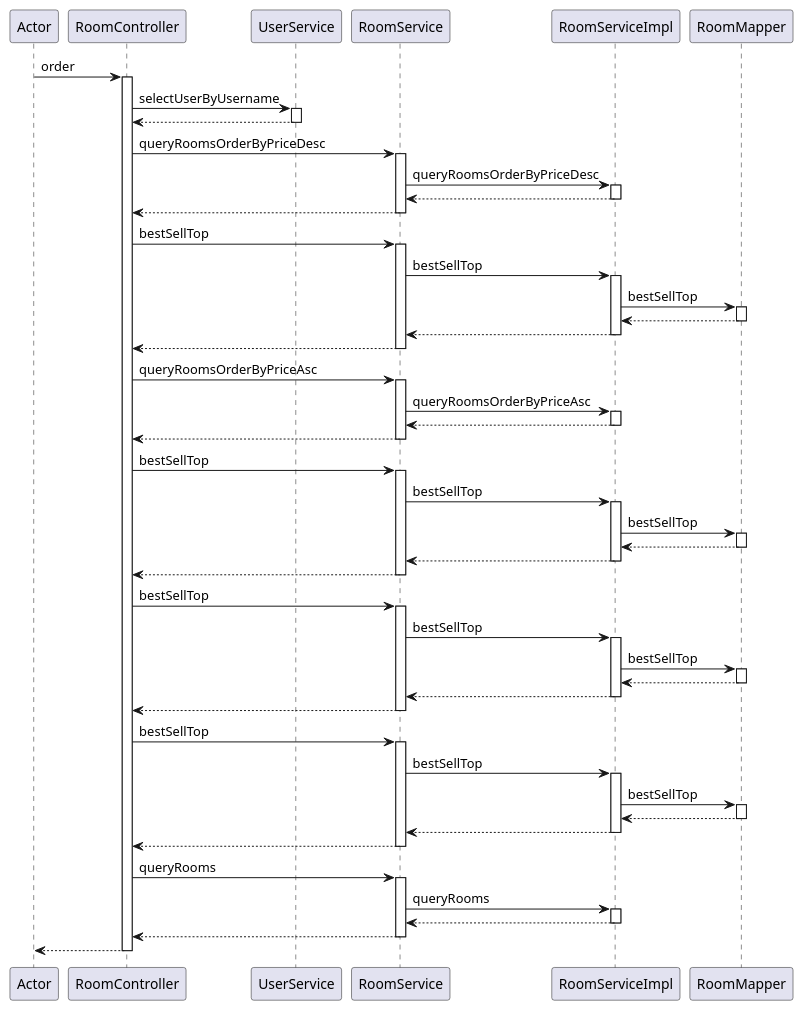
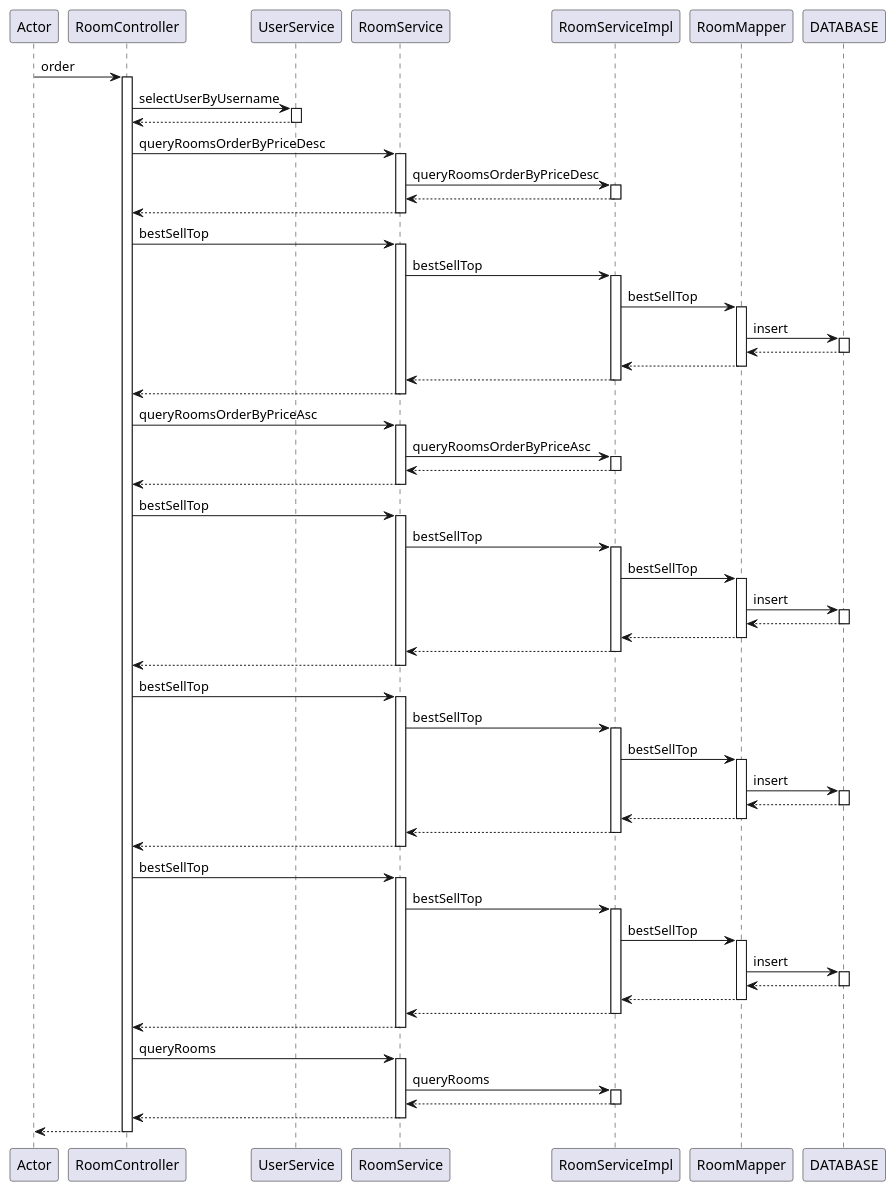
Before and after one commit to will-liao/homestay: the diagram in src/main/resources/puml文件/squence/时序图puml文件/RoomController_order.puml, drawn with PlantUML. The commit also changed 131 other files, not shown here.

```diff
--- a/src/main/resources/puml文件/squence/时序图puml文件/RoomController_order.puml
+++ b/src/main/resources/puml文件/squence/时序图puml文件/RoomController_order.puml
@@ -1,82 +1,98 @@
 @startuml
 participant Actor
 Actor -> RoomController : order
 activate RoomController
 RoomController -> UserService : selectUserByUsername
 activate UserService
 UserService --> RoomController
 deactivate UserService
 RoomController -> RoomService : queryRoomsOrderByPriceDesc
 activate RoomService
 RoomService -> RoomServiceImpl : queryRoomsOrderByPriceDesc
 activate RoomServiceImpl
 RoomServiceImpl --> RoomService
 deactivate RoomServiceImpl
 RoomService --> RoomController
 deactivate RoomService
 RoomController -> RoomService : bestSellTop
 activate RoomService
 RoomService -> RoomServiceImpl : bestSellTop
 activate RoomServiceImpl
 RoomServiceImpl -> RoomMapper : bestSellTop
 activate RoomMapper
+RoomMapper -> DATABASE : insert
+activate DATABASE
+DATABASE --> RoomMapper
+deactivate DATABASE
 RoomMapper --> RoomServiceImpl
 deactivate RoomMapper
 RoomServiceImpl --> RoomService
 deactivate RoomServiceImpl
 RoomService --> RoomController
 deactivate RoomService
 RoomController -> RoomService : queryRoomsOrderByPriceAsc
 activate RoomService
 RoomService -> RoomServiceImpl : queryRoomsOrderByPriceAsc
 activate RoomServiceImpl
 RoomServiceImpl --> RoomService
 deactivate RoomServiceImpl
 RoomService --> RoomController
 deactivate RoomService
 RoomController -> RoomService : bestSellTop
 activate RoomService
 RoomService -> RoomServiceImpl : bestSellTop
 activate RoomServiceImpl
 RoomServiceImpl -> RoomMapper : bestSellTop
 activate RoomMapper
+RoomMapper -> DATABASE : insert
+activate DATABASE
+DATABASE --> RoomMapper
+deactivate DATABASE
 RoomMapper --> RoomServiceImpl
 deactivate RoomMapper
 RoomServiceImpl --> RoomService
 deactivate RoomServiceImpl
 RoomService --> RoomController
 deactivate RoomService
 RoomController -> RoomService : bestSellTop
 activate RoomService
 RoomService -> RoomServiceImpl : bestSellTop
 activate RoomServiceImpl
 RoomServiceImpl -> RoomMapper : bestSellTop
 activate RoomMapper
+RoomMapper -> DATABASE : insert
+activate DATABASE
+DATABASE --> RoomMapper
+deactivate DATABASE
 RoomMapper --> RoomServiceImpl
 deactivate RoomMapper
 RoomServiceImpl --> RoomService
 deactivate RoomServiceImpl
 RoomService --> RoomController
 deactivate RoomService
 RoomController -> RoomService : bestSellTop
 activate RoomService
 RoomService -> RoomServiceImpl : bestSellTop
 activate RoomServiceImpl
 RoomServiceImpl -> RoomMapper : bestSellTop
 activate RoomMapper
+RoomMapper -> DATABASE : insert
+activate DATABASE
+DATABASE --> RoomMapper
+deactivate DATABASE
 RoomMapper --> RoomServiceImpl
 deactivate RoomMapper
 RoomServiceImpl --> RoomService
 deactivate RoomServiceImpl
 RoomService --> RoomController
 deactivate RoomService
 RoomController -> RoomService : queryRooms
 activate RoomService
 RoomService -> RoomServiceImpl : queryRooms
 activate RoomServiceImpl
 RoomServiceImpl --> RoomService
 deactivate RoomServiceImpl
 RoomService --> RoomController
 deactivate RoomService
 return
 @enduml
```
